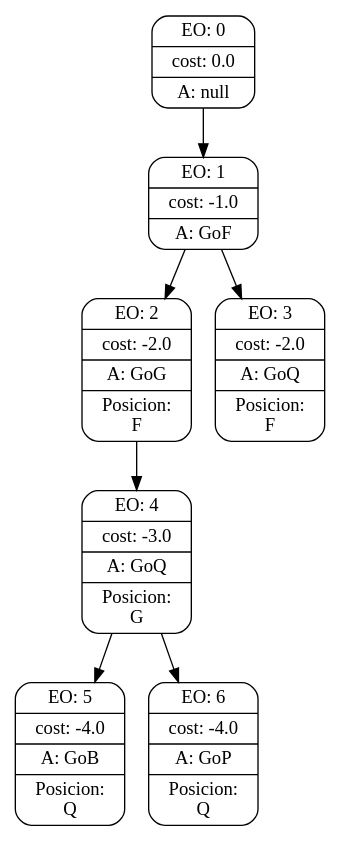
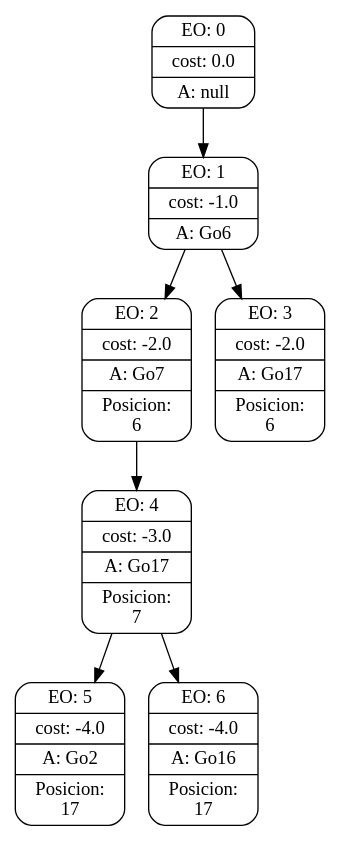
The diagram in searchGVTrees/10.dot (lniklison/TP-Inteligencia-artificial), drawn with Graphviz before and after one commit. The commit also changed 29 other files, not shown here.

```diff
--- a/searchGVTrees/10.dot
+++ b/searchGVTrees/10.dot
@@ -1,24 +1,24 @@
 digraph g {
 node [shape = Mrecord];
 nodo0[label="{EO: 0|cost: 0.0|A: null}"]
-nodo1[label="{EO: 1|cost: -1.0|A: GoF}"]
-nodo2[label="{EO: 2|cost: -2.0|A: GoG|Posicion:\nF}"]
-nodo4[label="{EO: 4|cost: -3.0|A: GoQ|Posicion:\nG}"]
-nodo5[label="{EO: 5|cost: -4.0|A: GoB|Posicion:\nQ}"]
+nodo1[label="{EO: 1|cost: -1.0|A: Go6}"]
+nodo2[label="{EO: 2|cost: -2.0|A: Go7|Posicion:\n6}"]
+nodo4[label="{EO: 4|cost: -3.0|A: Go17|Posicion:\n7}"]
+nodo5[label="{EO: 5|cost: -4.0|A: Go2|Posicion:\n17}"]
 
 nodo4 -> nodo5;
-nodo6[label="{EO: 6|cost: -4.0|A: GoP|Posicion:\nQ}"]
+nodo6[label="{EO: 6|cost: -4.0|A: Go16|Posicion:\n17}"]
 
 nodo4 -> nodo6;
 
 nodo2 -> nodo4;
 
 nodo1 -> nodo2;
-nodo3[label="{EO: 3|cost: -2.0|A: GoQ|Posicion:\nF}"]
+nodo3[label="{EO: 3|cost: -2.0|A: Go17|Posicion:\n6}"]
 
 nodo1 -> nodo3;
 
 nodo0 -> nodo1;
 
 
 }
```
